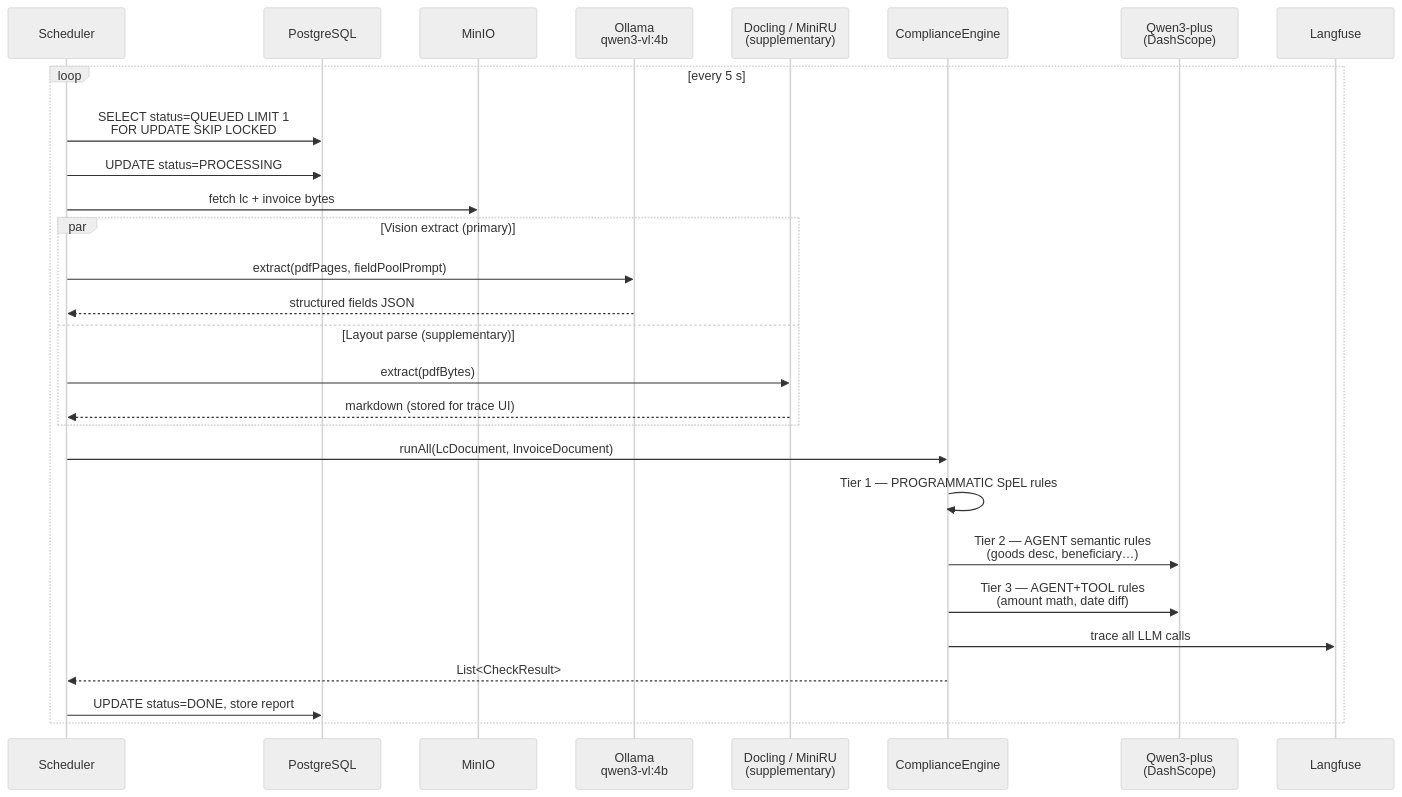
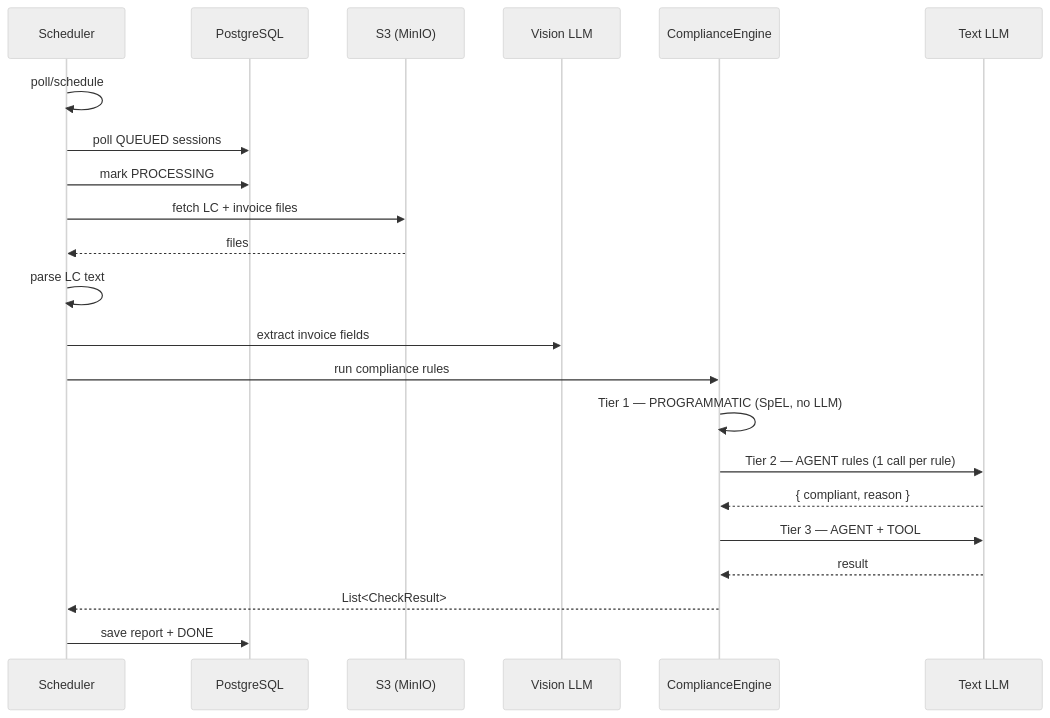
Before and after one commit to smile-rr/lc-invoice-checker: the second of 3 diagrams in README.md, drawn with Mermaid (neutral theme). The commit also changed other lines of this file and 1 other file, not shown here.

````diff
--- a/README.md
+++ b/README.md
@@ -194,31 +53,31 @@
 ```mermaid
 sequenceDiagram
     participant SCH as Scheduler
     participant DB as PostgreSQL
-    participant S3 as MinIO
-    participant OL as Ollama<br/>qwen3-vl:4b
-    participant DOC as Docling / MiniRU<br/>(supplementary)
+    participant S3 as S3 (MinIO)
+    participant OL as Vision LLM
     participant CE as ComplianceEngine
-    participant LLM as Qwen3-plus<br/>(DashScope)
-    participant LF as Langfuse
+    participant LLM as Text LLM
 
-    loop every 5 s
-        SCH->>DB: SELECT status=QUEUED LIMIT 1<br/>FOR UPDATE SKIP LOCKED
-        SCH->>DB: UPDATE status=PROCESSING
-        SCH->>S3: fetch lc + invoice bytes
-        par Vision extract (primary)
-            SCH->>OL: extract(pdfPages, fieldPoolPrompt)
-            OL-->>SCH: structured fields JSON
-        and Layout parse (supplementary)
-            SCH->>DOC: extract(pdfBytes)
-            DOC-->>SCH: markdown (stored for trace UI)
-        end
-        SCH->>CE: runAll(LcDocument, InvoiceDocument)
-        CE->>CE: Tier 1 — PROGRAMMATIC SpEL rules
-        CE->>LLM: Tier 2 — AGENT semantic rules<br/>(goods desc, beneficiary…)
-        CE->>LLM: Tier 3 — AGENT+TOOL rules<br/>(amount math, date diff)
-        CE->>LF: trace all LLM calls
-        CE-->>SCH: List<CheckResult>
-        SCH->>DB: UPDATE status=DONE, store report
-    end
+    SCH->>SCH: poll/schedule
+    SCH->>DB: poll QUEUED sessions
+    SCH->>DB: mark PROCESSING
+    SCH->>S3: fetch LC + invoice files
+    S3-->>SCH: files
+
+    SCH->>SCH: parse LC text
+    SCH->>OL: extract invoice fields
+
+    SCH->>CE: run compliance rules
+
+    CE->>CE: Tier 1 — PROGRAMMATIC (SpEL, no LLM)
+
+    CE->>LLM: Tier 2 — AGENT rules (1 call per rule)
+    LLM-->>CE: { compliant, reason }
+
+    CE->>LLM: Tier 3 — AGENT + TOOL
+    LLM-->>CE: result
+
+    CE-->>SCH: List<CheckResult>
+    SCH->>DB: save report + DONE
 ```
````
